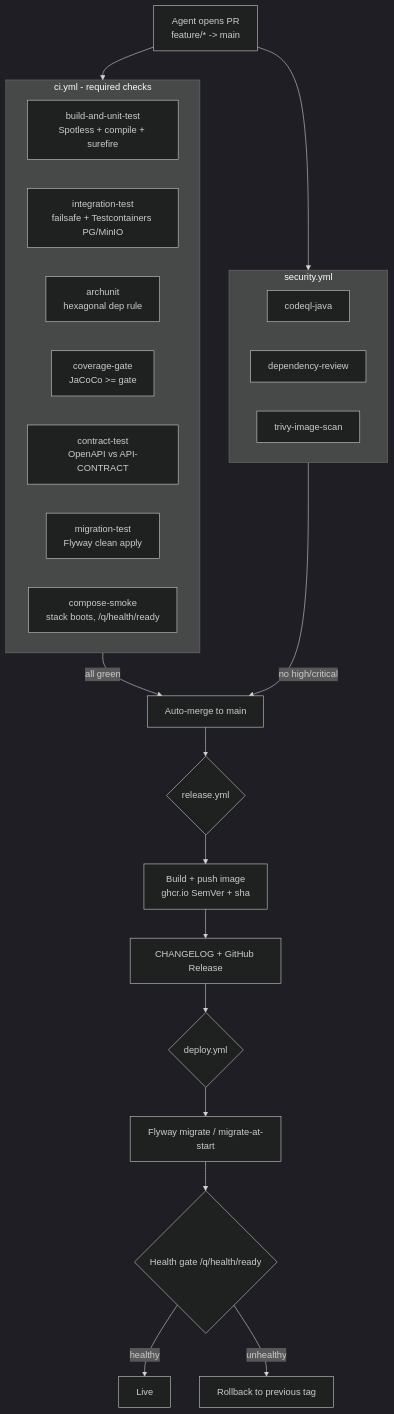
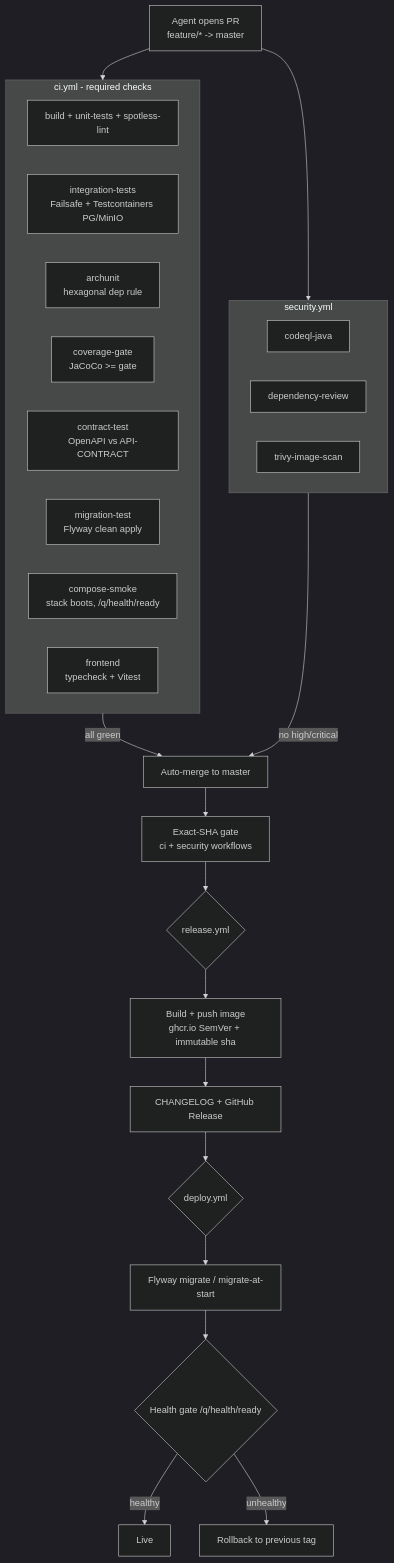
The diagram in backend/docs/sdlc/ci-cd-github-actions.md (Shakvilla/beatzmedia), drawn with Mermaid (dark theme) before and after one commit. The commit also changed other lines of this file and 7 other files, not shown here.

Commit message:
ci(release): gate publishing on complete verification

````diff
--- a/backend/docs/sdlc/ci-cd-github-actions.md
+++ b/backend/docs/sdlc/ci-cd-github-actions.md
@@ -33,29 +33,31 @@
 ```mermaid
 flowchart TD
-    A[Agent opens PR<br/>feature/* -> main] --> CI{ci.yml}
+    A[Agent opens PR<br/>feature/* -> master] --> CI{ci.yml}
     subgraph CI[ci.yml - required checks]
-      B1[build-and-unit-test<br/>Spotless + compile + surefire]
-      B2[integration-test<br/>failsafe + Testcontainers PG/MinIO]
+      B1[build + unit-tests + spotless-lint]
+      B2[integration-tests<br/>Failsafe + Testcontainers PG/MinIO]
       B3[archunit<br/>hexagonal dep rule]
       B4[coverage-gate<br/>JaCoCo >= gate]
       B5[contract-test<br/>OpenAPI vs API-CONTRACT]
       B6[migration-test<br/>Flyway clean apply]
       B7[compose-smoke<br/>stack boots, /q/health/ready]
+      B8[frontend<br/>typecheck + Vitest]
     end
     A --> SEC{security.yml}
     subgraph SEC[security.yml]
       S1[codeql-java]
       S2[dependency-review]
       S3[trivy-image-scan]
     end
-    CI -->|all green| MERGE[Auto-merge to main]
+    CI -->|all green| MERGE[Auto-merge to master]
     SEC -->|no high/critical| MERGE
-    MERGE --> REL{release.yml}
-    REL --> IMG[Build + push image<br/>ghcr.io SemVer + sha]
+    MERGE --> CIGATE[Exact-SHA gate<br/>ci + security workflows]
+    CIGATE --> REL{release.yml}
+    REL --> IMG[Build + push image<br/>ghcr.io SemVer + immutable sha]
     IMG --> NOTES[CHANGELOG + GitHub Release]
     NOTES --> DEP{deploy.yml}
     DEP --> MIG[Flyway migrate / migrate-at-start]
     MIG --> ROLL{Health gate /q/health/ready}
     ROLL -->|healthy| DONE[Live]
     ROLL -->|unhealthy| RB[Rollback to previous tag]
 ```
````
